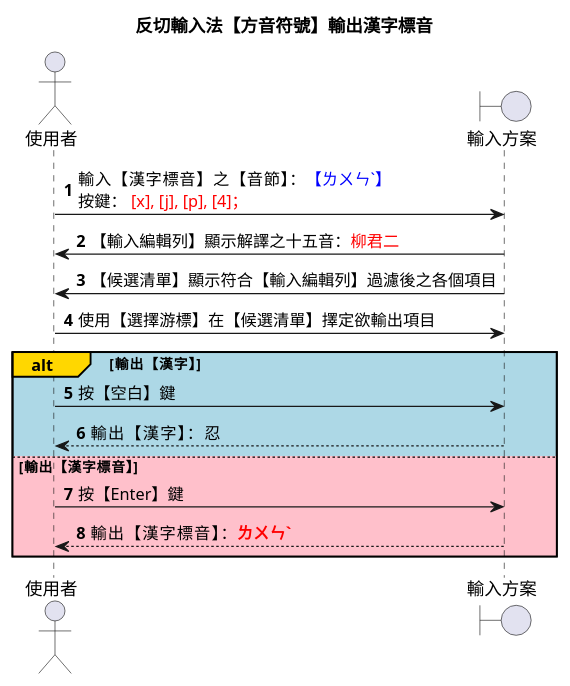
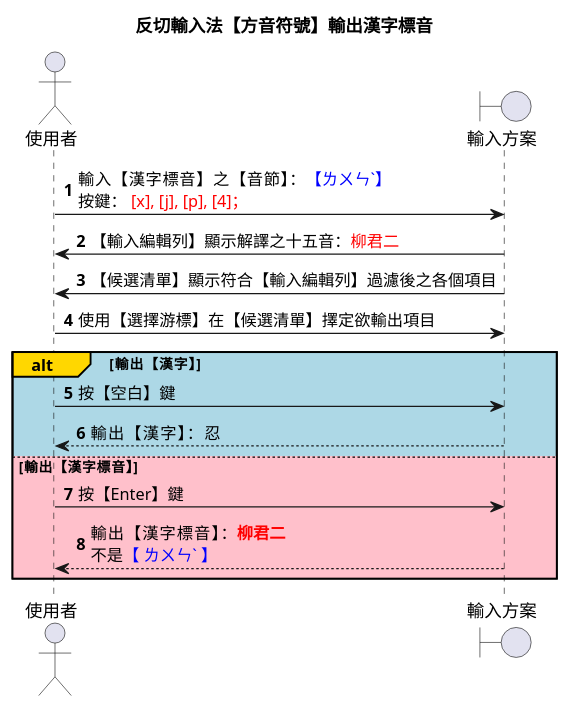
Diagram 11 of 17 in docs/310_反切輸入法【台語音標】設計規格.md (AlanJui/rime-tlpa), drawn with PlantUML before and after one commit. The commit also changed other lines of this file, not shown here.

````diff
--- a/docs/310_反切輸入法【台語音標】設計規格.md
+++ b/docs/310_反切輸入法【台語音標】設計規格.md
@@ -397,23 +397,23 @@
 ```plantuml
 @startuml
 title 反切輸入法【方音符號】輸出漢字標音
 actor 使用者 as user
 boundary 輸入方案 as ime
 autonumber
 
 user -> ime : 輸入【漢字標音】之【音節】：<font color=blue>【ㄌㄨㄣˋ】\n按鍵：<font color=red> [x], [j], [p], [4]；
 
 ime -> user : 【輸入編輯列】顯示解譯之十五音：<font color=red>柳君二
 ime -> user : 【候選清單】顯示符合【輸入編輯列】過濾後之各個項目
 user -> ime : 使用【選擇游標】在【候選清單】擇定欲輸出項目
 
 alt#Gold #LightBlue 輸出【漢字】
     user -> ime : 按【空白】鍵
     ime --> user : 輸出【漢字】：忍
 else #Pink 輸出【漢字標音】
     user -> ime : 按【Enter】鍵
-    ime --> user : 輸出【漢字標音】：<font color=red><b>ㄌㄨㄣˋ
+    ime --> user : 輸出【漢字標音】：<font color=red><b>柳君二\n不是<font color=blue>【 ㄌㄨㄣˋ 】
 end
 
 @enduml
 ```
````
